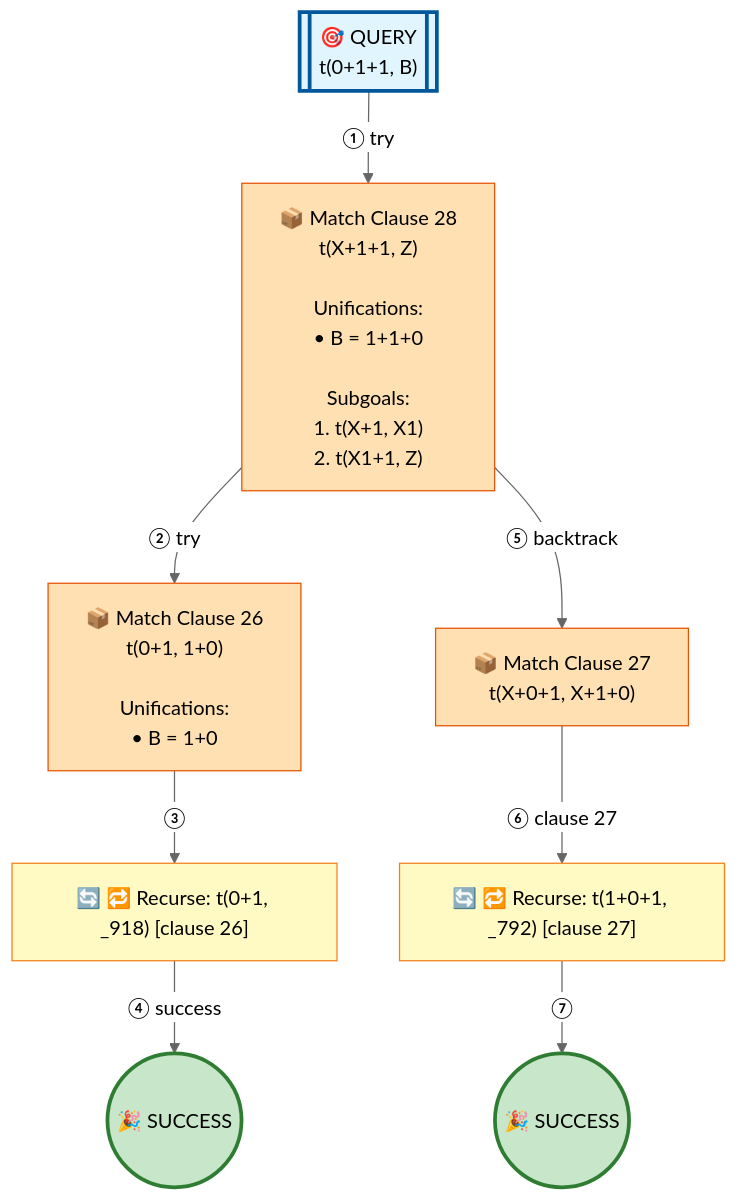
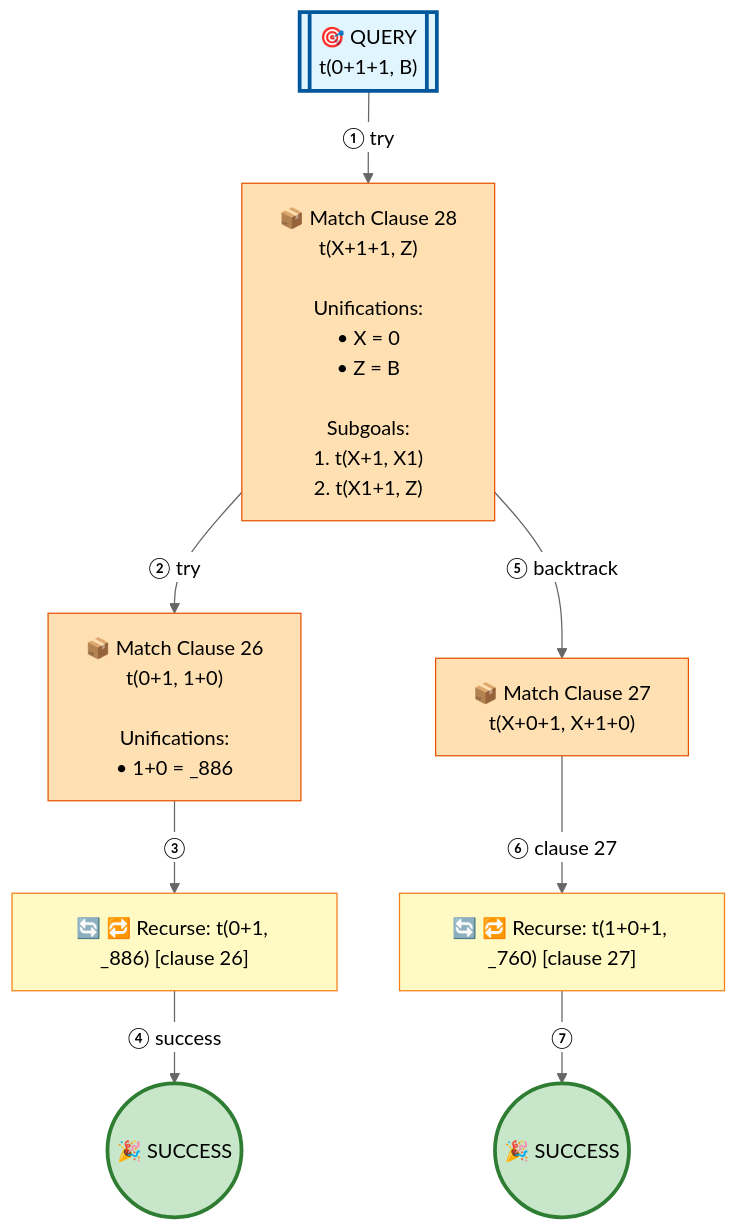
Before and after one commit to jarecsni/prolog-trace-viz: the diagram in examples/3_3_operators-full.md, drawn with Mermaid (neutral theme). The commit also changed other lines of this file and 17 other files, not shown here.

````diff
--- a/examples/3_3_operators-full.md
+++ b/examples/3_3_operators-full.md
@@ -19,32 +19,32 @@
 ```mermaid
 graph TD
 
 %% Nodes
 A[["🎯 QUERY<br/>t(0+1+1, B)"]]
-B["📦 Match Clause 28<br/>t(X+1+1, Z)<br/><br/>Unifications:<br/>• B = 1+1+0<br/><br/>Subgoals:<br/>1. t(X+1, X1)<br/>2. t(X1+1, Z)"]
-C["🔄 🔁 Recurse: t(0+1, _918) [clause 26]"]
-D["📦 Match Clause 26<br/>t(0+1, 1+0)<br/><br/>Unifications:<br/>• B = 1+0"]
+B["📦 Match Clause 28<br/>t(X+1+1, Z)<br/><br/>Unifications:<br/>• X = 0<br/>• Z = B<br/><br/>Subgoals:<br/>1. t(X+1, X1)<br/>2. t(X1+1, Z)"]
+C["🔄 🔁 Recurse: t(0+1, _886) [clause 26]"]
+D["📦 Match Clause 26<br/>t(0+1, 1+0)<br/><br/>Unifications:<br/>• 1+0 = _886"]
 E(("🎉 SUCCESS"))
 F["📦 Match Clause 27<br/>t(X+0+1, X+1+0)"]
-G["🔄 🔁 Recurse: t(1+0+1, _792) [clause 27]"]
+G["🔄 🔁 Recurse: t(1+0+1, _760) [clause 27]"]
 H(("🎉 SUCCESS"))
 
 %% Edges
 A -->|"① try"| B
 B -->|"② try"| D
 D -->|"③"| C
 C -->|"④ success"| E
 B -->|"⑤ backtrack"| F
 F -->|"⑥ clause 27"| G
 G -->|"⑦"| H
 
 %% Styles
 style A fill:#e1f5ff,stroke:#01579b,stroke-width:3px
 style B fill:#ffe0b2,stroke:#e65100
 style C fill:#fff9c4,stroke:#f57f17
 style D fill:#ffe0b2,stroke:#e65100
 style E fill:#c8e6c9,stroke:#2e7d32,stroke-width:3px
 style F fill:#ffe0b2,stroke:#e65100
 style G fill:#fff9c4,stroke:#f57f17
 style H fill:#c8e6c9,stroke:#2e7d32,stroke-width:3px
 ```
````
